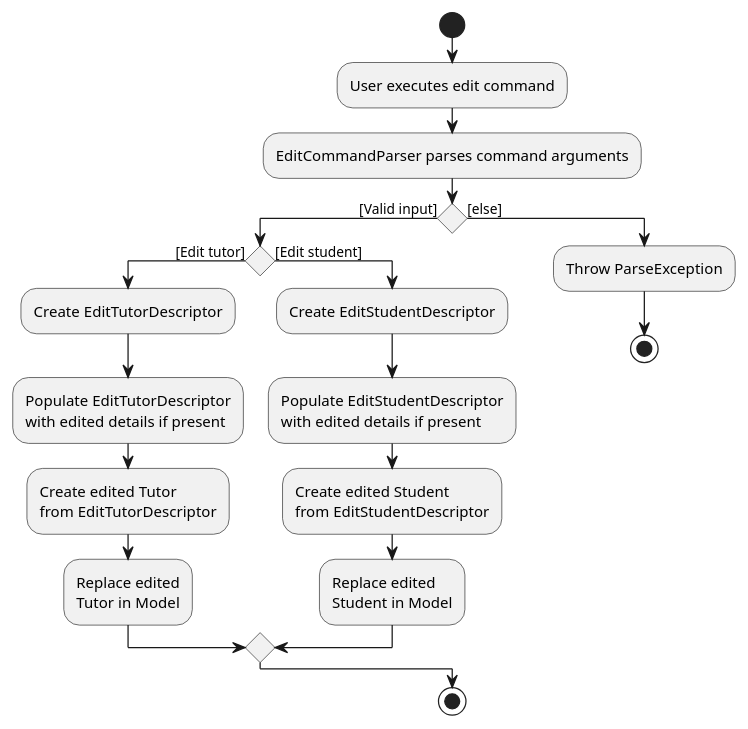
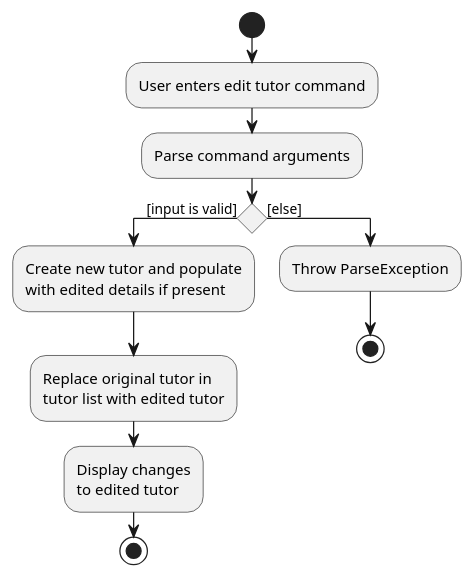
Before and after one commit to tenebrius1/tp: the diagram in docs/diagrams/EditCommandActivityDiagram.puml, drawn with PlantUML. The commit also changed 4 other files, not shown here.

Commit message:
Modify DG for EditCommand based on meeting discussion points

```diff
--- a/docs/diagrams/EditCommandActivityDiagram.puml
+++ b/docs/diagrams/EditCommandActivityDiagram.puml
@@ -1,29 +1,18 @@
 @startuml
 start
-:User executes edit command;
-:EditCommandParser parses command arguments;
+:User enters edit tutor command;
+:Parse command arguments;
 
-if () then ([Valid input])
-    if () then([Edit tutor])
-        :Create EditTutorDescriptor;
-        :Populate EditTutorDescriptor
-        with edited details if present;
-        :Create edited Tutor
-        from EditTutorDescriptor;
-        :Replace edited
-        Tutor in Model;
-    else ([Edit student])
-        :Create EditStudentDescriptor;
-        :Populate EditStudentDescriptor
-        with edited details if present;
-        :Create edited Student
-        from EditStudentDescriptor;
-        :Replace edited
-        Student in Model;
-    endif
+if () then ([input is valid])
+    :Create new tutor and populate
+    with edited details if present;
+    :Replace original tutor in
+    tutor list with edited tutor;
+    :Display changes
+    to edited tutor;
+    stop
 else ([else])
     :Throw ParseException;
     stop
 endif
-stop
 @enduml
```
